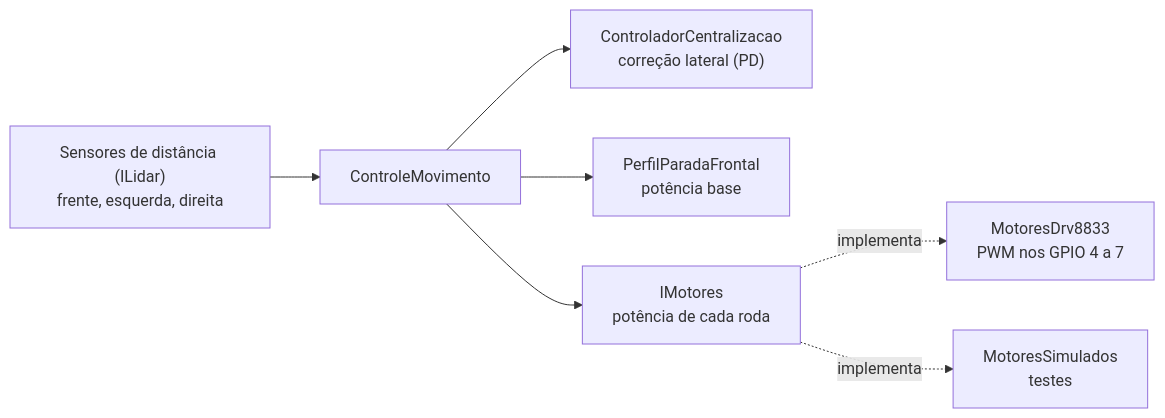
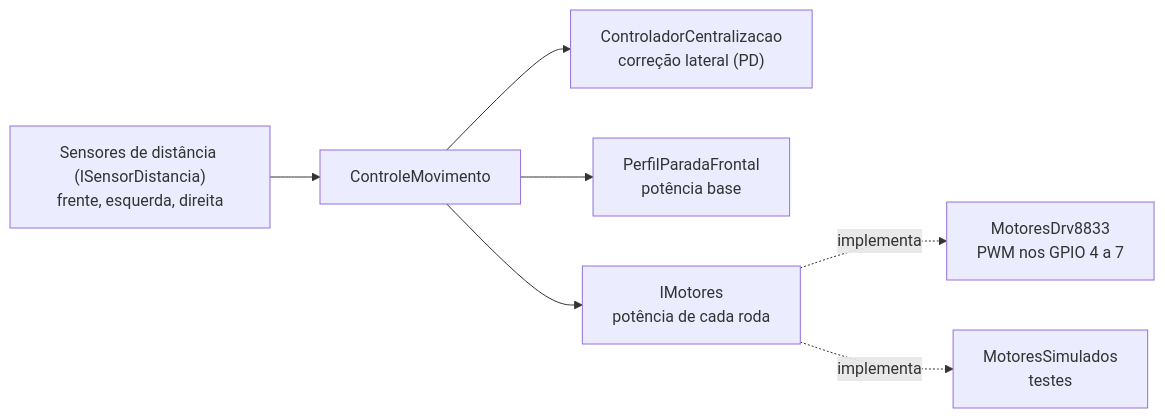
One commit to claudiohsc/2026_2_PI1_Grupo01_Hilmer-1 changed the ninth of 9 diagrams in docs/04-projeto-conceitual/firmware.md. Above: the diagram before and after it, drawn with Mermaid. The commit also changed other lines of this file and 1 other file, not shown here.

````diff
--- a/docs/04-projeto-conceitual/firmware.md
+++ b/docs/04-projeto-conceitual/firmware.md
@@ -803,9 +819,9 @@
 ```mermaid
 flowchart LR
-    lidar["Sensores de distância (ILidar)<br/>frente, esquerda, direita"] --> controle["ControleMovimento"]
+    lidar["Sensores de distância (ISensorDistancia)<br/>frente, esquerda, direita"] --> controle["ControleMovimento"]
     controle --> lateral["ControladorCentralizacao<br/>correção lateral (PD)"]
     controle --> frontal["PerfilParadaFrontal<br/>potência base"]
     controle --> motores["IMotores<br/>potência de cada roda"]
     motores -. implementa .-> drv["MotoresDrv8833<br/>PWM nos GPIO 4 a 7"]
     motores -. implementa .-> sim["MotoresSimulados<br/>testes"]
 ```
````
